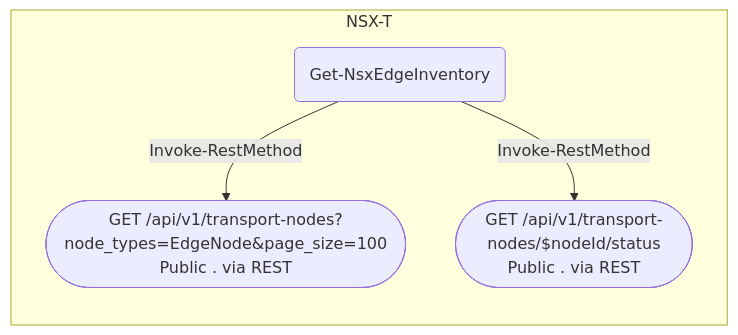
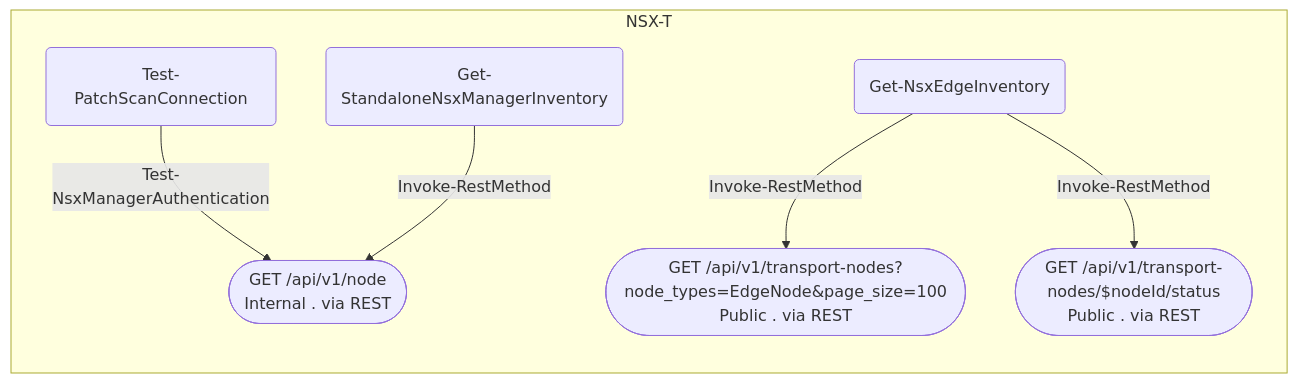
One commit to vmware/powershell-module-for-vcf-patch-scanner changed the fourth of 7 diagrams in VcfPatchScanner/Docs/api-graph.md. Above: the diagram before and after it, drawn with Mermaid. The commit also changed other lines of this file and 22 other files, not shown here.

````diff
--- a/VcfPatchScanner/Docs/api-graph.md
+++ b/VcfPatchScanner/Docs/api-graph.md
@@ -151,10 +176,13 @@
 ```mermaid
 flowchart TB
     subgraph NsxSub ["NSX-T"]
       direction TB
-      ep1(["GET /api/v1/transport-nodes?node_types=EdgeNode&page_size=100<br/>Public . via REST"])
-      ep2(["GET /api/v1/transport-nodes/$nodeId/status<br/>Public . via REST"])
-      fn1("Get-NsxEdgeInventory") -->|"Invoke-RestMethod"| ep1
-      fn1("Get-NsxEdgeInventory") -->|"Invoke-RestMethod"| ep2
+      ep1(["GET /api/v1/node<br/>Internal . via REST"])
+      ep2(["GET /api/v1/transport-nodes?node_types=EdgeNode&page_size=100<br/>Public . via REST"])
+      ep3(["GET /api/v1/transport-nodes/$nodeId/status<br/>Public . via REST"])
+      fn1("Test-PatchScanConnection") -->|"Test-NsxManagerAuthentication"| ep1
+      fn2("Get-StandaloneNsxManagerInventory") -->|"Invoke-RestMethod"| ep1
+      fn3("Get-NsxEdgeInventory") -->|"Invoke-RestMethod"| ep2
+      fn3("Get-NsxEdgeInventory") -->|"Invoke-RestMethod"| ep3
     end
 ```
````
